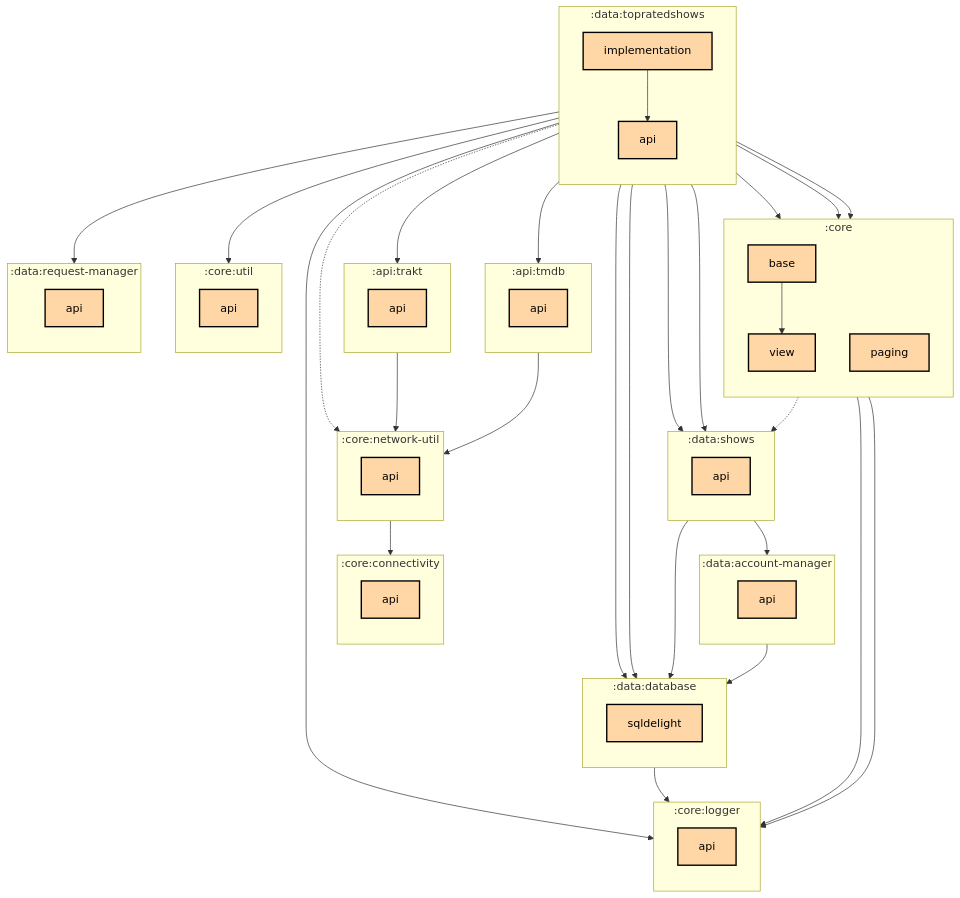
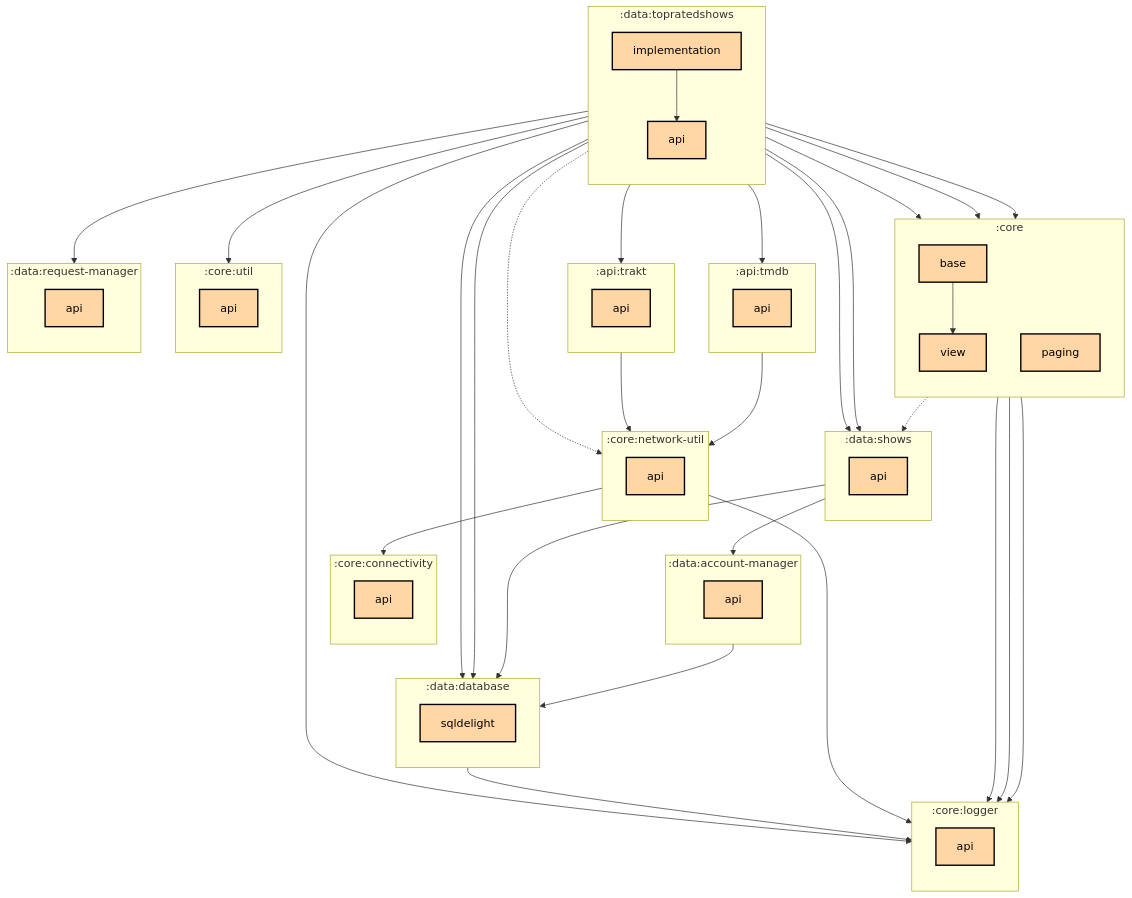
One commit to thomaskioko/tv-maniac changed the first of 2 diagrams in data/topratedshows/implementation/README.md. Above: the diagram before and after it, drawn with Mermaid. The commit also changed 184 other files, not shown here.

```diff
--- a/data/topratedshows/implementation/README.md
+++ b/data/topratedshows/implementation/README.md
@@ -62,6 +62,8 @@
   :core:base --> :core:logger:api
   :core:base --> :core:view
   :core:network-util:api --> :core:connectivity:api
+  :core:network-util:api --> :core:logger:api
+  :core:paging --> :core:logger:api
   :core:paging -.-> :data:shows:api
   :core:view --> :core:logger:api
   :data:account-manager:api --> :data:database:sqldelight
```
